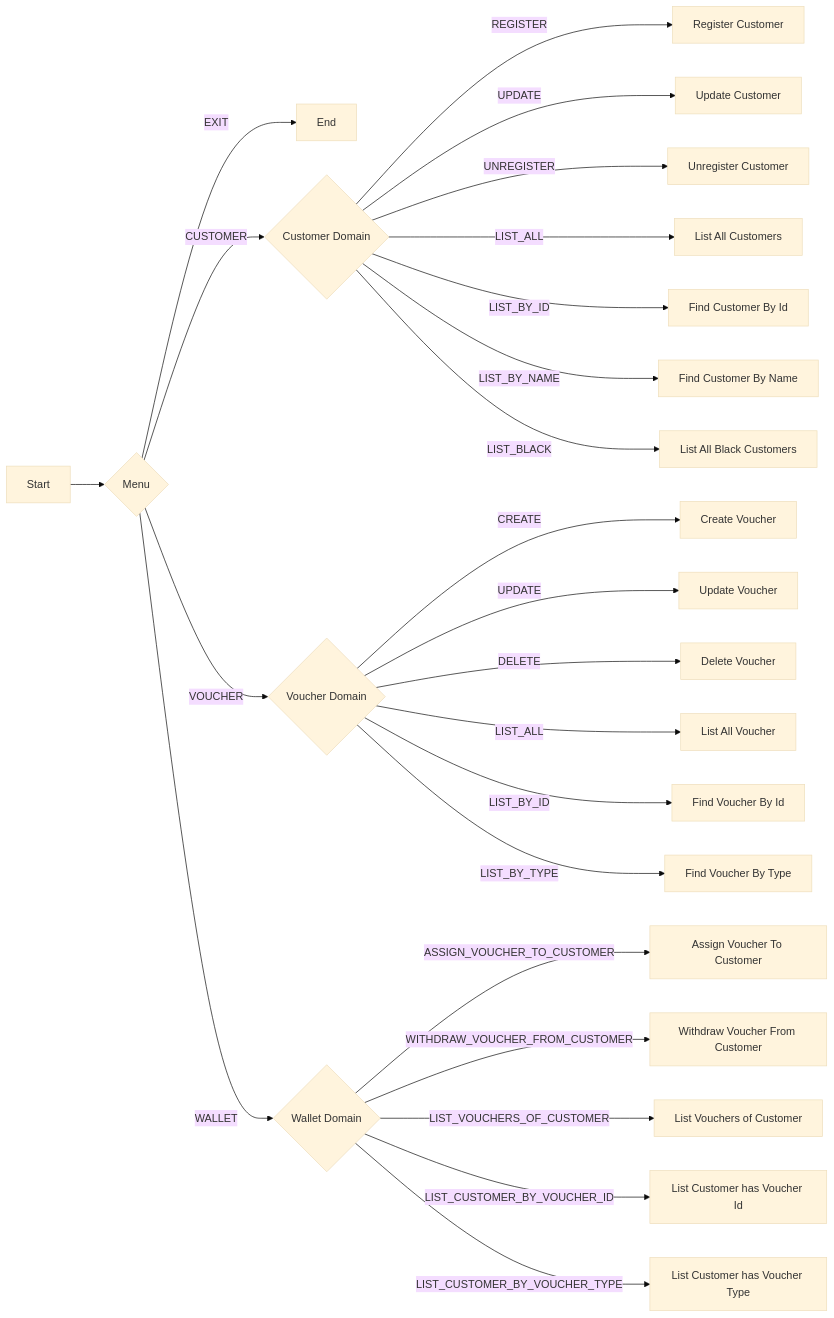
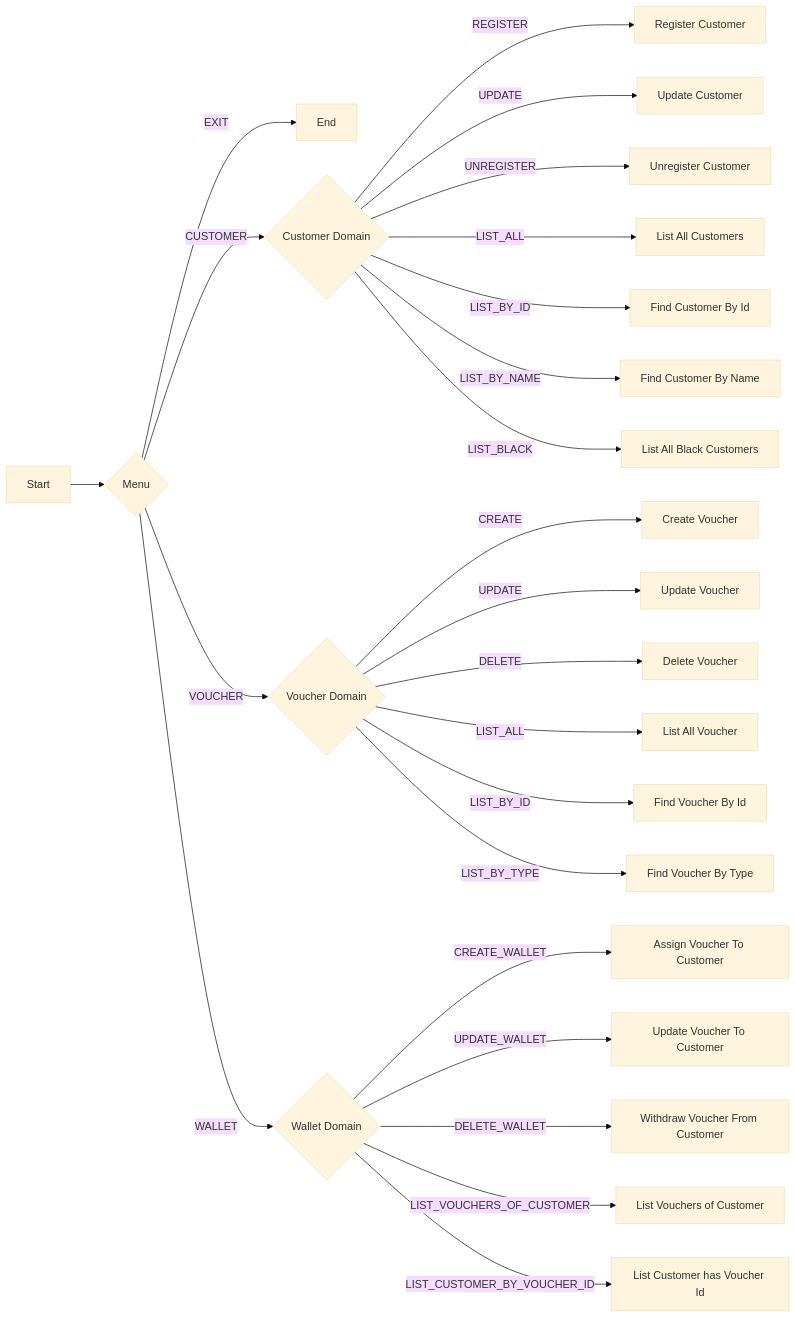
Before and after one commit to prgrms-be-devcourse/springboot-basic: the diagram in flowchart.mermaid, drawn with Mermaid (base theme). The commit also changed 39 other files, not shown here.

```diff
--- a/flowchart.mermaid
+++ b/flowchart.mermaid
@@ -1,27 +1,27 @@
 flowchart LR
     start_node[Start] --> menu{Menu}
     menu -- EXIT --> end_node[End]
     menu -- CUSTOMER --> customerDomain{Customer Domain }
     menu -- VOUCHER --> voucherDomain{Voucher Domain}
     menu -- WALLET --> walletDomain{Wallet Domain}
 
     customerDomain -- REGISTER --> registerCustomer[Register Customer]
     customerDomain -- UPDATE --> updateCustomer[Update Customer]
     customerDomain -- UNREGISTER --> unregisterCustomer[Unregister Customer]
     customerDomain -- LIST_ALL --> listCustomer[List All Customers]
     customerDomain -- LIST_BY_ID --> listCustomerById[Find Customer By Id]
     customerDomain -- LIST_BY_NAME --> listCustomerName[Find Customer By Name]
     customerDomain -- LIST_BLACK --> listBlack[List All Black Customers]
 
     voucherDomain -- CREATE --> createVoucher[Create Voucher]
     voucherDomain -- UPDATE --> updateVoucher[Update Voucher]
     voucherDomain -- DELETE --> deleteVoucher[Delete Voucher]
     voucherDomain -- LIST_ALL --> listVoucher[List All Voucher]
     voucherDomain -- LIST_BY_ID --> listVoucherById[Find Voucher By Id]
     voucherDomain -- LIST_BY_TYPE --> listVoucherByType[Find Voucher By Type]
 
-    walletDomain -- ASSIGN_VOUCHER_TO_CUSTOMER --> assign[Assign Voucher To Customer]
-    walletDomain -- WITHDRAW_VOUCHER_FROM_CUSTOMER --> withdraw[Withdraw Voucher From Customer]
-    walletDomain -- LIST_VOUCHERS_OF_CUSTOMER --> listvoc[List Vouchers of Customer]
-    walletDomain -- LIST_CUSTOMER_BY_VOUCHER_ID --> listcbb[List Customer has Voucher Id]
-    walletDomain -- LIST_CUSTOMER_BY_VOUCHER_TYPE --> listcbt[List Customer has Voucher Type]
+    walletDomain -- CREATE_WALLET --> create[Assign Voucher To Customer]
+    walletDomain -- UPDATE_WALLET --> update[Update Voucher To Customer]
+    walletDomain -- DELETE_WALLET --> delete[Withdraw Voucher From Customer]
+    walletDomain -- LIST_VOUCHERS_OF_CUSTOMER --> listVouchers[List Vouchers of Customer]
+    walletDomain -- LIST_CUSTOMER_BY_VOUCHER_ID --> listCustomers[List Customer has Voucher Id]
```
